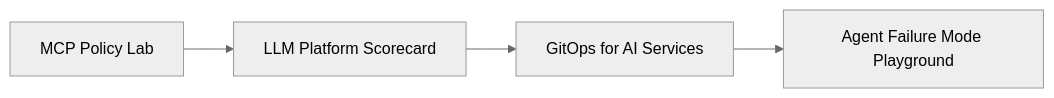
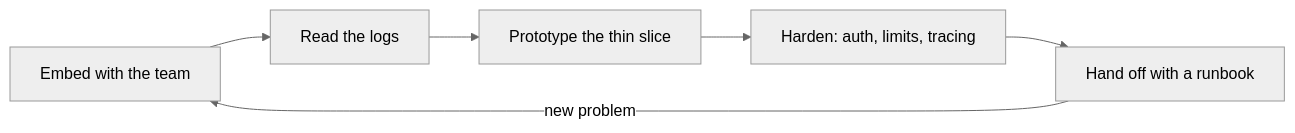
Before and after one commit to rojinebrahimi/rojinebrahimi: the diagram in README.md, drawn with Mermaid (neutral theme). The commit also changed other lines of this file, not shown here.

````diff
--- a/README.md
+++ b/README.md
@@ -72,6 +38,8 @@
 ```mermaid
 flowchart LR
-  A[MCP Policy Lab] --> B[LLM Platform Scorecard]
-  B --> C[GitOps for AI Services]
-  C --> D[Agent Failure Mode Playground]
+  A[Embed with the team] --> B[Read the logs]
+  B --> C[Prototype the thin slice]
+  C --> D[Harden: auth, limits, tracing]
+  D --> E[Hand off with a runbook]
+  E -->|new problem| A
 ```
````
